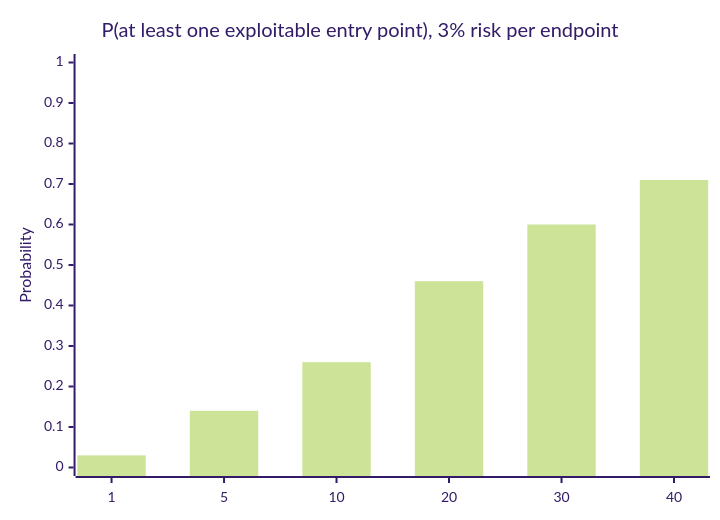
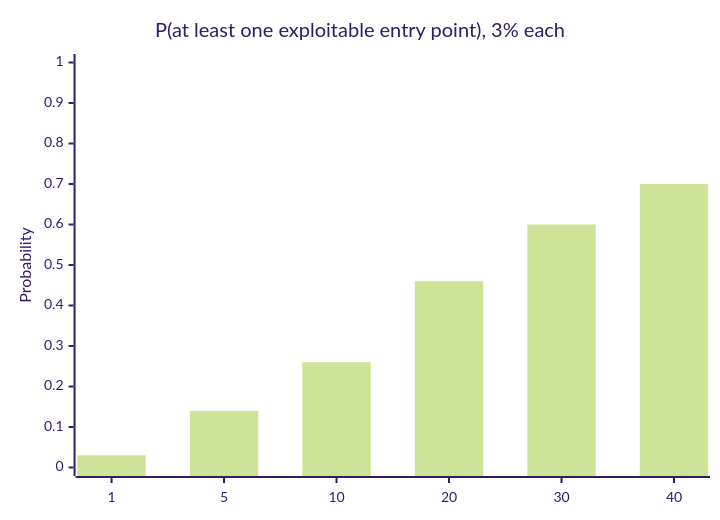
The second of 2 diagrams in src/content/security/security-mindset/L3-deep-dive.mdx (francoandreDev/knowledge), drawn with Mermaid (forest theme) before and after one commit. The commit also changed other lines of this file and 3 other files, not shown here.

````diff
--- a/src/content/security/security-mindset/L3-deep-dive.mdx
+++ b/src/content/security/security-mindset/L3-deep-dive.mdx
@@ -111,7 +151,7 @@
 ```mermaid
 xychart-beta
-    title "P(at least one exploitable entry point), 3% risk per endpoint"
+    title "P(at least one exploitable entry point), 3% each"
     x-axis ["1", "5", "10", "20", "30", "40"]
     y-axis "Probability" 0 --> 1
-    bar [0.03, 0.14, 0.26, 0.46, 0.60, 0.71]
+    bar [0.03, 0.14, 0.26, 0.46, 0.6, 0.7]
 ```
````
